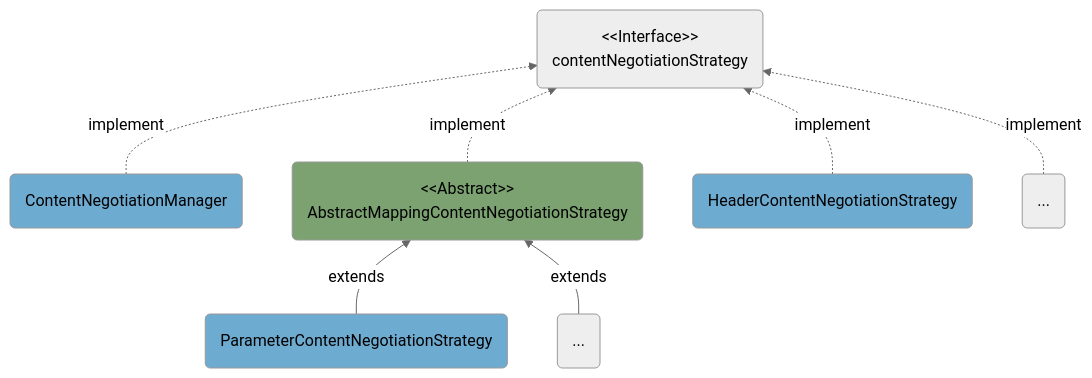
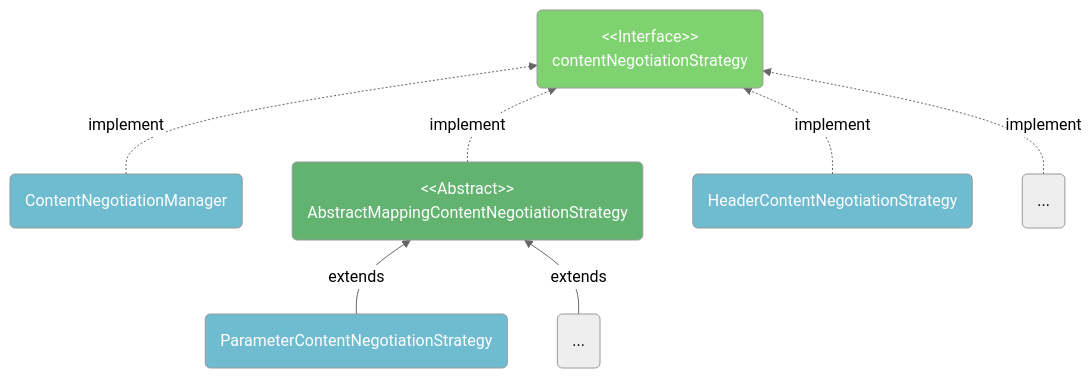
Diagram 20 of 42 in DevTech/Spring.md (domeniczz/learnJavaDev), drawn with Mermaid (neutral theme) before and after one commit. The commit also changed other lines of this file and 6 other files, not shown here.

````diff
--- a/DevTech/Spring.md
+++ b/DevTech/Spring.md
@@ -6820,10 +6925,11 @@
 ```mermaid
 flowchart BT
-  A("ContentNegotiationManager"):::sclass -."implement".-> I("&lt;&lt;Interface&gt;&gt;<br/>contentNegotiationStrategy")
+  A("ContentNegotiationManager"):::sclass -."implement".-> I("&lt;&lt;Interface&gt;&gt;<br/>contentNegotiationStrategy"):::iclass
   C("ParameterContentNegotiationStrategy"):::sclass --"extends"--> B("&lt;&lt;Abstract&gt;&gt;<br/>AbstractMappingContentNegotiationStrategy"):::aclass -."implement".-> I
   Y("...") --"extends"--> B
   D("HeaderContentNegotiationStrategy"):::sclass -."implement".-> I
   Z("...") -."implement".-> I
-  classDef sclass fill:#6eabd0;
-  classDef aclass fill:#7BA270;
+  classDef sclass fill:#6FBBD0,color:white;
+  classDef iclass fill:#7FD270,color:white;
+  classDef aclass fill:#62B270,color:white;
 ```
````
